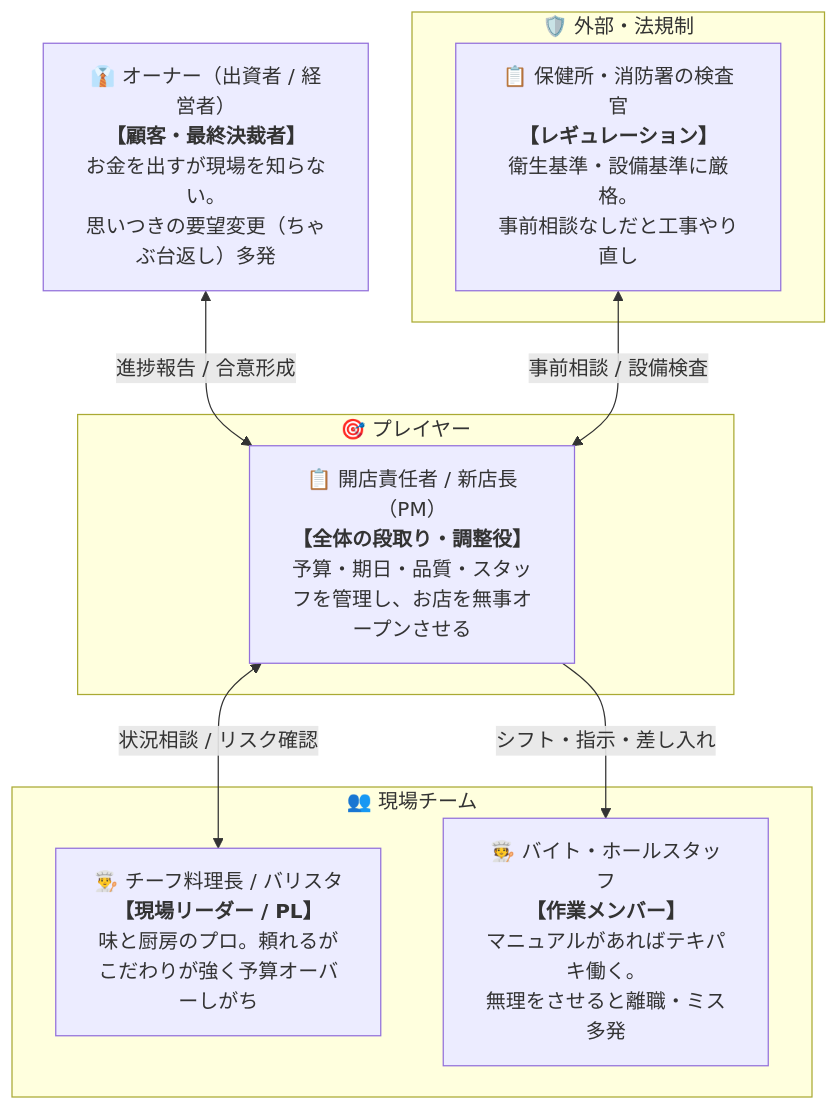
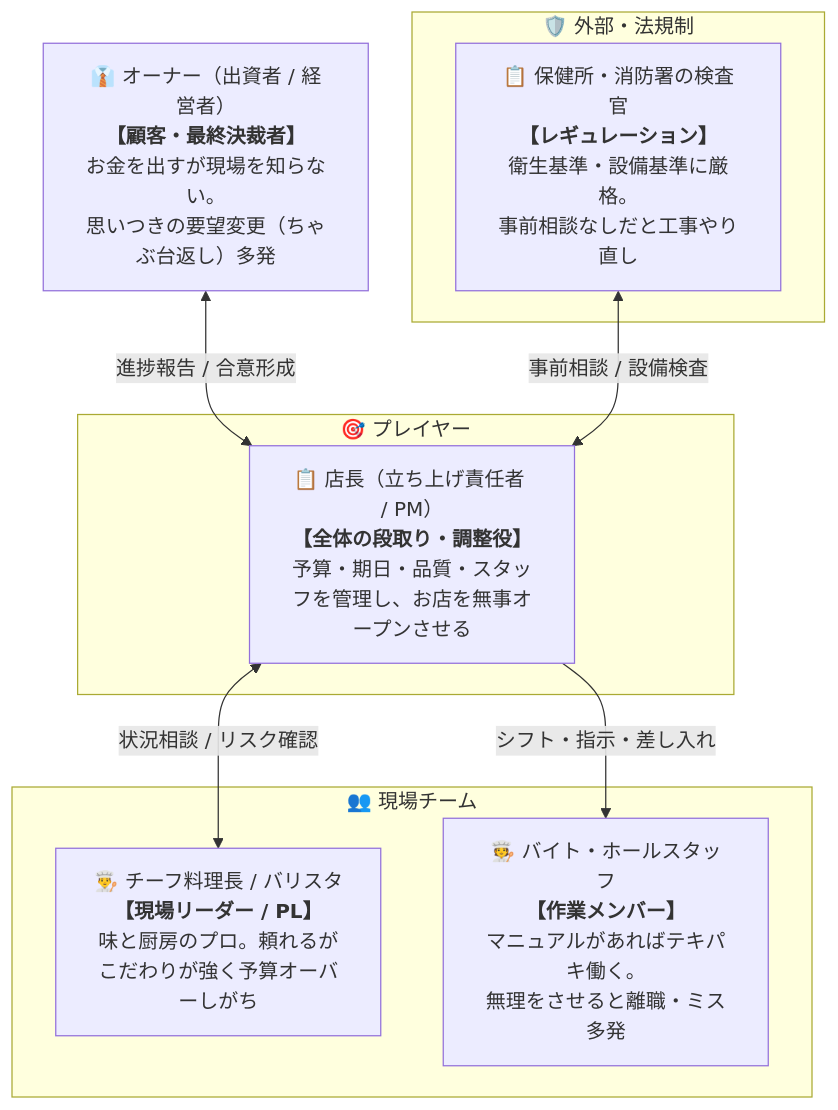
The first of 3 diagrams in docs/v3/spec/overview.md (asabon/pm-simulator), drawn with Mermaid before and after one commit. The commit also changed other lines of this file, not shown here.

````diff
--- a/docs/v3/spec/overview.md
+++ b/docs/v3/spec/overview.md
@@ -48,22 +48,22 @@
 ```mermaid
 flowchart TB
     Owner["👔 オーナー（出資者 / 経営者）<br/><b>【顧客・最終決裁者】</b><br/>お金を出すが現場を知らない。<br/>思いつきの要望変更（ちゃぶ台返し）多発"]
     
     subgraph PM_Role ["🎯 プレイヤー"]
-        PM["📋 開店責任者 / 新店長（PM）<br/><b>【全体の段取り・調整役】</b><br/>予算・期日・品質・スタッフを管理し、お店を無事オープンさせる"]
+        PM["📋 店長（立ち上げ責任者 / PM）<br/><b>【全体の段取り・調整役】</b><br/>予算・期日・品質・スタッフを管理し、お店を無事オープンさせる"]
     end
 
     subgraph External ["🛡️ 外部・法規制"]
         Inspector["📋 保健所・消防署の検査官<br/><b>【レギュレーション】</b><br/>衛生基準・設備基準に厳格。<br/>事前相談なしだと工事やり直し"]
     end
 
     subgraph Team ["👥 現場チーム"]
         Chef["👨‍🍳 チーフ料理長 / バリスタ<br/><b>【現場リーダー / PL】</b><br/>味と厨房のプロ。頼れるがこだわりが強く予算オーバーしがち"]
         Staff["🧑‍🍳 バイト・ホールスタッフ<br/><b>【作業メンバー】</b><br/>マニュアルがあればテキパキ働く。<br/>無理をさせると離職・ミス多発"]
     end
 
     Owner <-->|進捗報告 / 合意形成| PM
     Inspector <-->|事前相談 / 設備検査| PM
     PM <-->|状況相談 / リスク確認| Chef
     PM -->|シフト・指示・差し入れ| Staff
 ```
````
